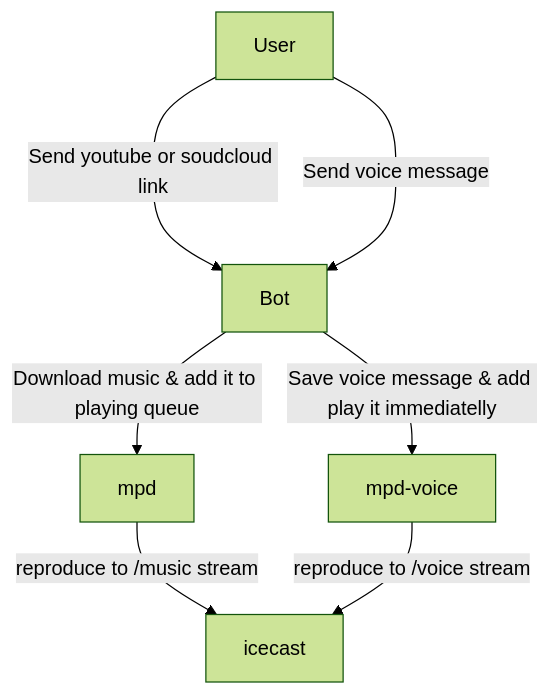
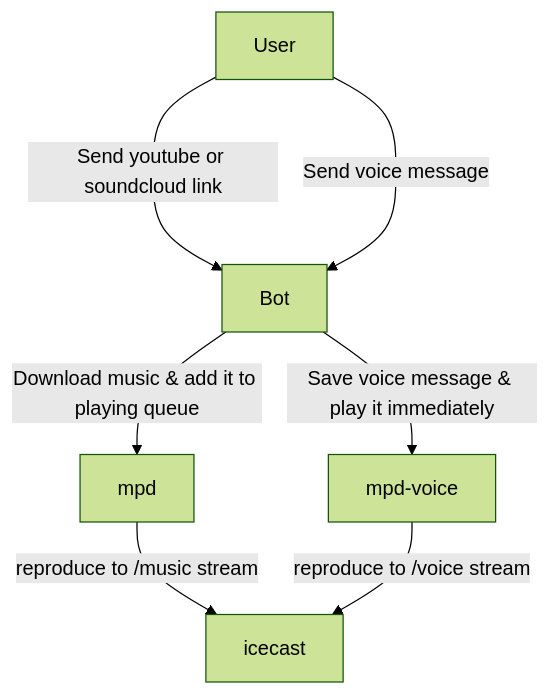
One commit to serg123e/irirangi changed the diagram in README.md. Above: the diagram before and after it, drawn with Mermaid (forest theme). The commit also changed other lines of this file and 2 other files, not shown here.

````diff
--- a/README.md
+++ b/README.md
@@ -5,9 +5,9 @@
 ```mermaid
 flowchart TD
-    User --->|Send youtube or soudcloud link| Bot
+    User --->|Send youtube or soundcloud link| Bot
     Bot -->|Download music & add it to playing queue| mpd
     mpd -->|reproduce to /music stream| icecast
     User -->|Send voice message| Bot
-    Bot -->|Save voice message & add play it immediatelly| mpd-voice
+    Bot -->|Save voice message & play it immediately| mpd-voice
     mpd-voice -->|reproduce to /voice stream| icecast
 ```
````
